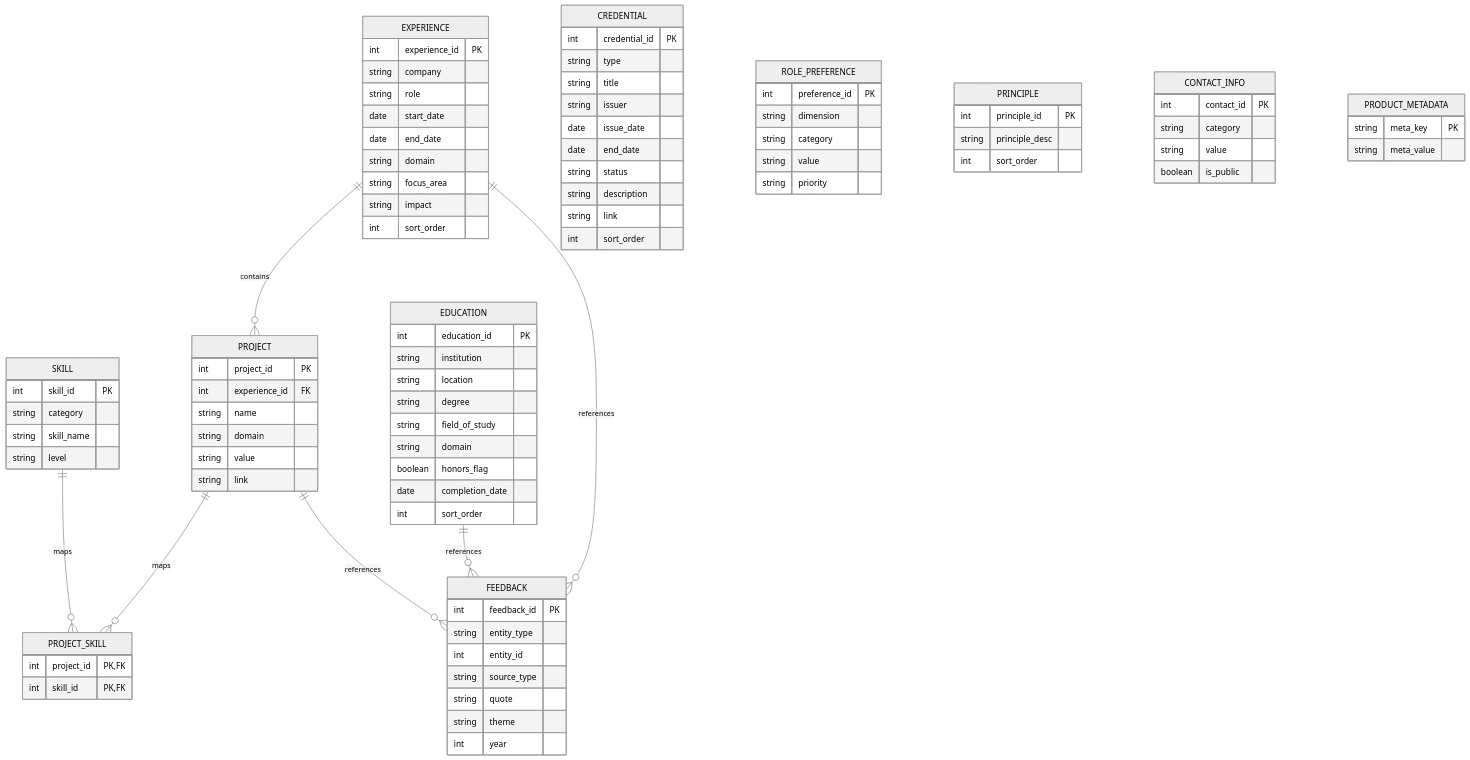
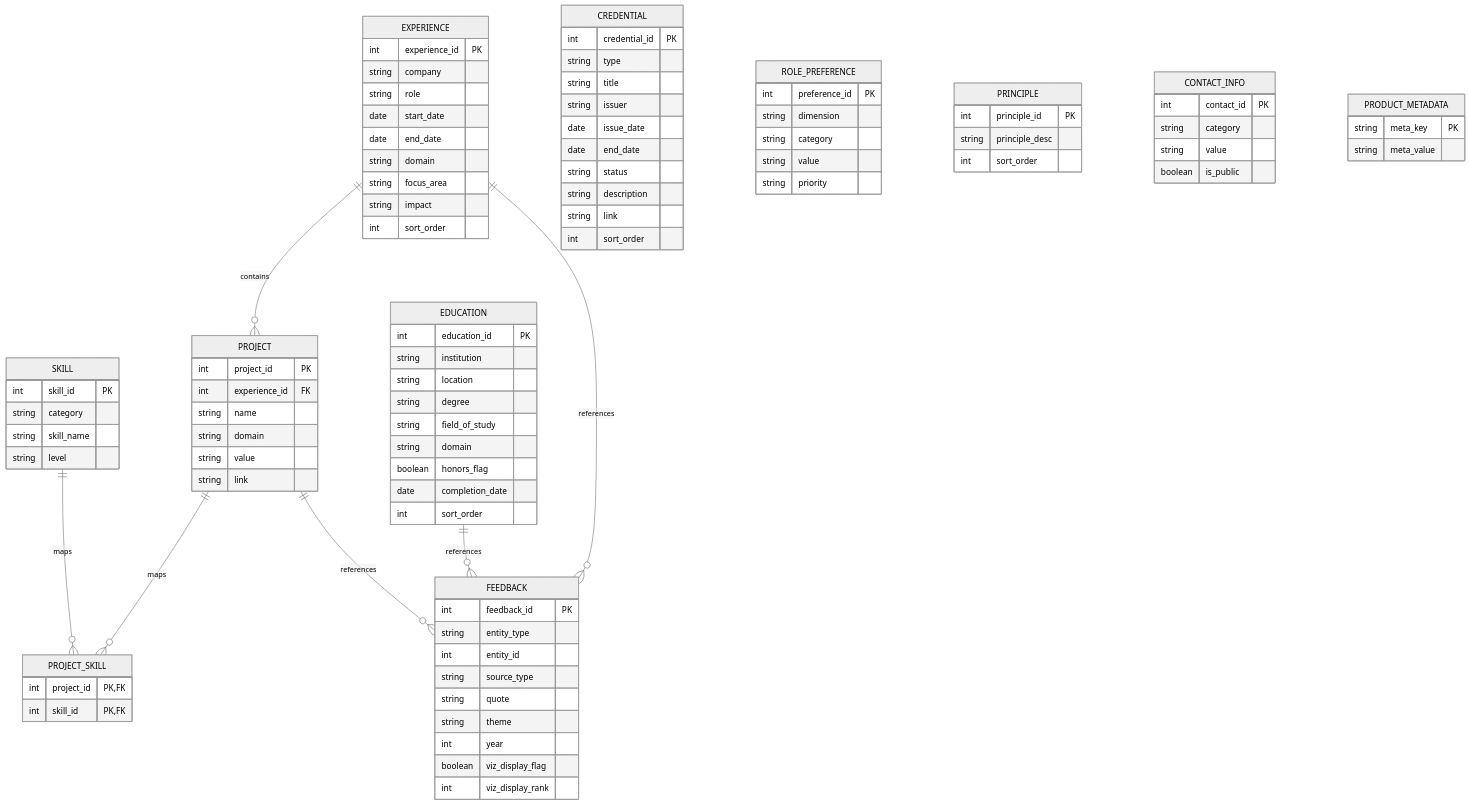
Before and after one commit to AnthonyIlluzzi/Human-Data-Product: the diagram in documentation/hdp_schema.md, drawn with Mermaid. The commit also changed other lines of this file, not shown here.

First line of the commit message:
Enhance feedback schema with Feat: curated feedback: viz_display fields

```diff
--- a/documentation/hdp_schema.md
+++ b/documentation/hdp_schema.md
@@ -106,6 +106,8 @@
     string  quote
     string  theme
     int    year
+    boolean  viz_display_flag
+    int    viz_display_rank
   }
 
   ROLE_PREFERENCE {
```
